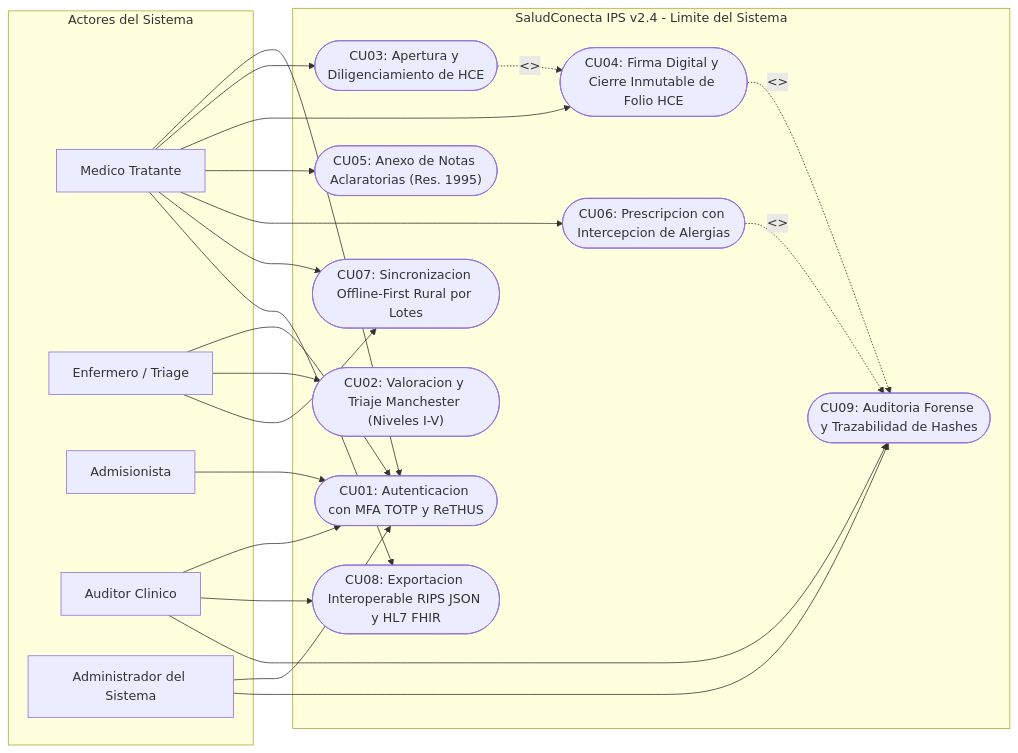
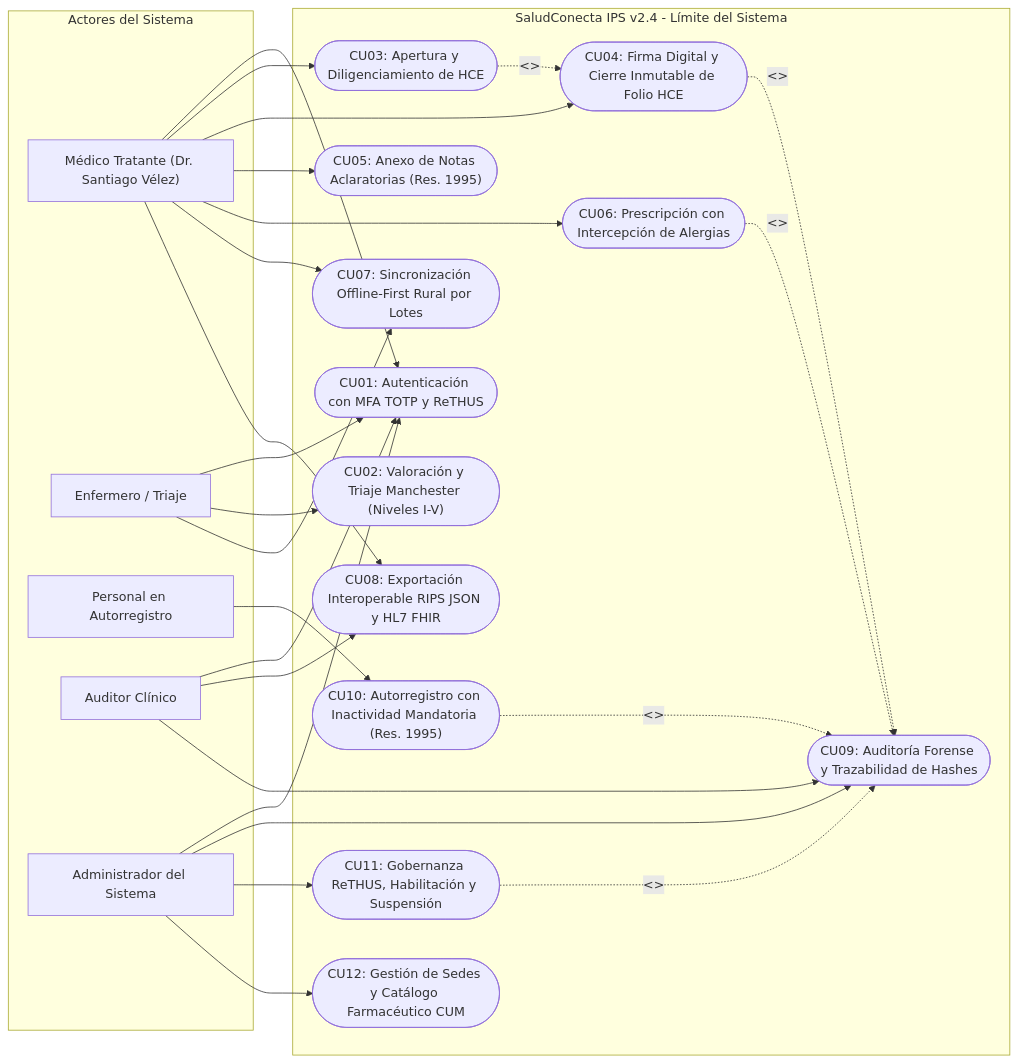
One commit to ThiagoVelez/Proyecto_felipe changed the first of 6 diagrams in README.md. Above: the diagram before and after it, drawn with Mermaid. The commit also changed other lines of this file and 21 other files, not shown here.

Commit message:
docs(readme): actualizar readme con diagramas uml compilados png y svg de gobernanza rethus y adminlayout

````diff
--- a/README.md
+++ b/README.md
@@ -85,47 +91,54 @@
 ```mermaid
 flowchart LR
     subgraph Actores ["Actores del Sistema"]
-        Medico["Medico Tratante"]
-        Enfermero["Enfermero / Triage"]
-        Admision["Admisionista"]
-        Auditor["Auditor Clinico"]
+        Medico["Médico Tratante (Dr. Santiago Vélez)"]
+        Enfermero["Enfermero / Triaje"]
+        Postulante["Personal en Autorregistro"]
+        Auditor["Auditor Clínico"]
         Admin["Administrador del Sistema"]
     end
 
-    subgraph Sistema ["SaludConecta IPS v2.4 - Limite del Sistema"]
-        CU01(["CU01: Autenticacion con MFA TOTP y ReTHUS"])
-        CU02(["CU02: Valoracion y Triaje Manchester (Niveles I-V)"])
+    subgraph Sistema ["SaludConecta IPS v2.4 - Límite del Sistema"]
+        CU01(["CU01: Autenticación con MFA TOTP y ReTHUS"])
+        CU02(["CU02: Valoración y Triaje Manchester (Niveles I-V)"])
         CU03(["CU03: Apertura y Diligenciamiento de HCE"])
         CU04(["CU04: Firma Digital y Cierre Inmutable de Folio HCE"])
         CU05(["CU05: Anexo de Notas Aclaratorias (Res. 1995)"])
-        CU06(["CU06: Prescripcion con Intercepcion de Alergias"])
-        CU07(["CU07: Sincronizacion Offline-First Rural por Lotes"])
-        CU08(["CU08: Exportacion Interoperable RIPS JSON y HL7 FHIR"])
-        CU09(["CU09: Auditoria Forense y Trazabilidad de Hashes"])
+        CU06(["CU06: Prescripción con Intercepción de Alergias"])
+        CU07(["CU07: Sincronización Offline-First Rural por Lotes"])
+        CU08(["CU08: Exportación Interoperable RIPS JSON y HL7 FHIR"])
+        CU09(["CU09: Auditoría Forense y Trazabilidad de Hashes"])
+        CU10(["CU10: Autorregistro con Inactividad Mandatoria (Res. 1995)"])
+        CU11(["CU11: Gobernanza ReTHUS, Habilitación y Suspensión"])
+        CU12(["CU12: Gestión de Sedes y Catálogo Farmacéutico CUM"])
     end
+
+    Postulante --> CU10
+    CU10 -.->|"<<include>>"| CU09
 
     Medico --> CU01
     Medico --> CU03
     Medico --> CU04
     Medico --> CU05
     Medico --> CU06
     Medico --> CU07
     Medico --> CU08
 
     Enfermero --> CU01
     Enfermero --> CU02
     Enfermero --> CU07
 
-    Admision --> CU01
-
     Auditor --> CU01
     Auditor --> CU08
     Auditor --> CU09
 
     Admin --> CU01
     Admin --> CU09
+    Admin --> CU11
+    Admin --> CU12
 
+    CU11 -.->|"<<include>>"| CU09
     CU04 -.->|"<<include>>"| CU09
     CU06 -.->|"<<include>>"| CU09
     CU03 -.->|"<<include>>"| CU04
 ```
````
